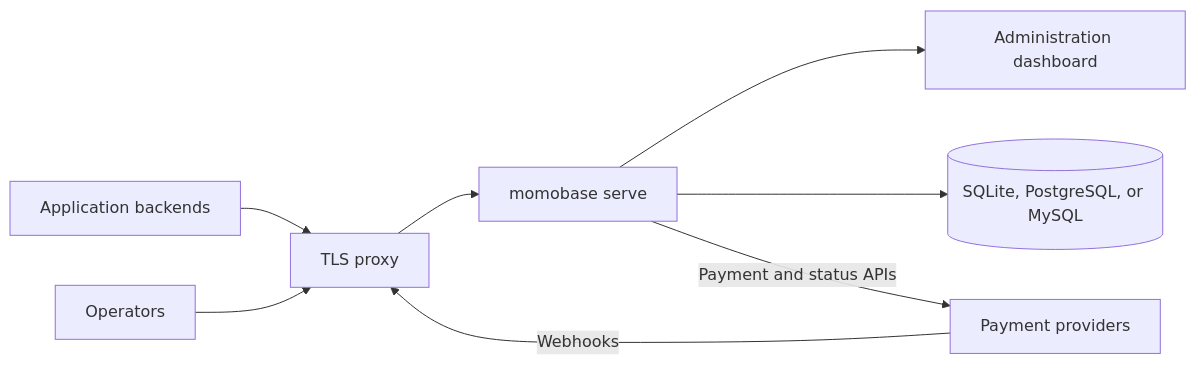
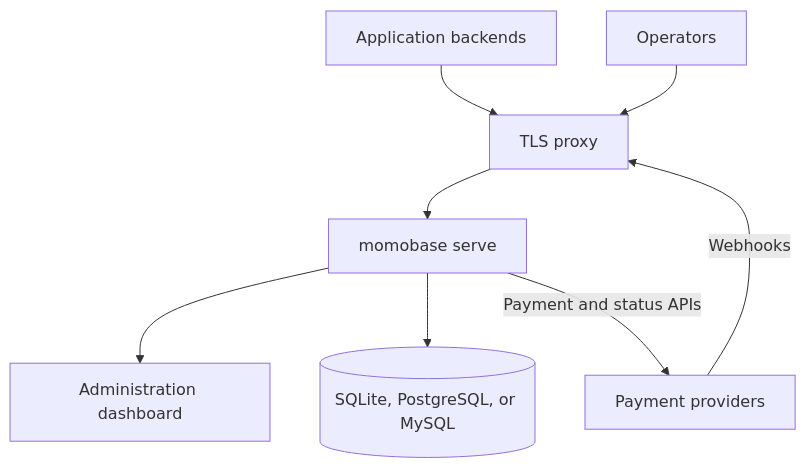
One commit to momobasehq/momobasehq.github.io changed the diagram in server/index.md. Above: the diagram before and after it, drawn with Mermaid. The commit also changed 7 other files, not shown here.

Commit message:
docs: theme Mermaid diagrams and use top-down ELK layouts

````diff
--- a/server/index.md
+++ b/server/index.md
@@ -23,10 +23,10 @@
 ```mermaid
-flowchart LR
+flowchart TD
     Client[Application backends] --> Proxy[TLS proxy]
     Operator[Operators] --> Proxy
     Provider[Payment providers] -->|Webhooks| Proxy
     Proxy --> Server[momobase serve]
     Server --> Dashboard[Administration dashboard]
     Server --> DB[(SQLite, PostgreSQL, or MySQL)]
     Server -->|Payment and status APIs| Provider
 ```
````
